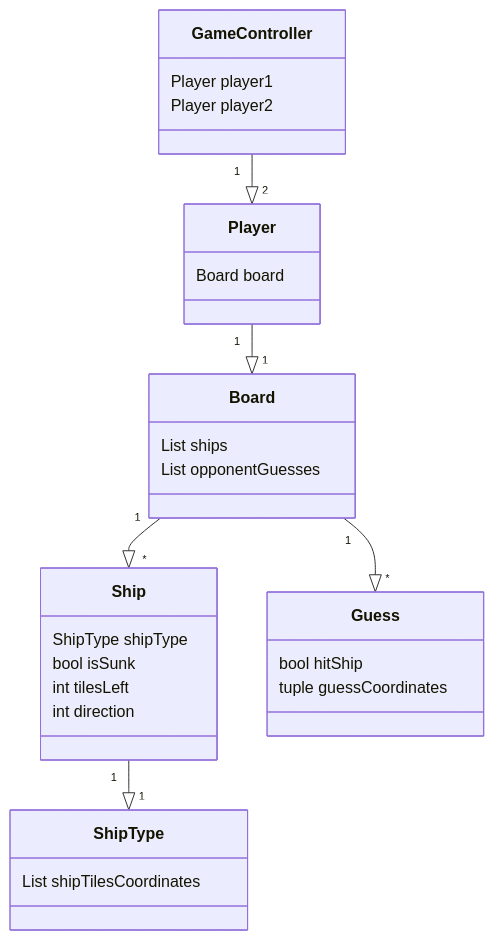
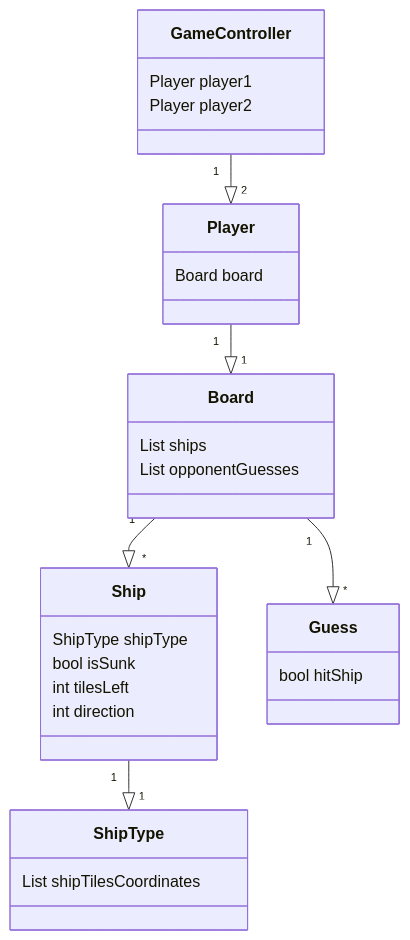
One commit to BlueShiftButterfly/Ohjelmistotekniikka changed the diagram in laivanupotuspeli/dokumentaatio/arkkitehtuuri.md. Above: the diagram before and after it, drawn with Mermaid. The commit also changed other lines of this file, not shown here.

````diff
--- a/laivanupotuspeli/dokumentaatio/arkkitehtuuri.md
+++ b/laivanupotuspeli/dokumentaatio/arkkitehtuuri.md
@@ -5,34 +5,33 @@
 ```mermaid
  classDiagram
 
     Player "1" --|> "1" Board
     Board "1" --|> "*" Ship
     Board "1" --|> "*" Guess
     GameController "1" --|> "2" Player
     Ship "1" --|> "1" ShipType
 
     class Guess{
         bool hitShip
-        tuple guessCoordinates
     }
     class Player{
         Board board
     }
     class Ship{
         ShipType shipType
         bool isSunk
         int tilesLeft
         int direction
     }
     class Board{
         List<Ship> ships
         List<Guess> opponentGuesses
     }
     class GameController {
         Player player1        
         Player player2
     }
     class ShipType{
         List<tuple> shipTilesCoordinates
     }
 ```
````
